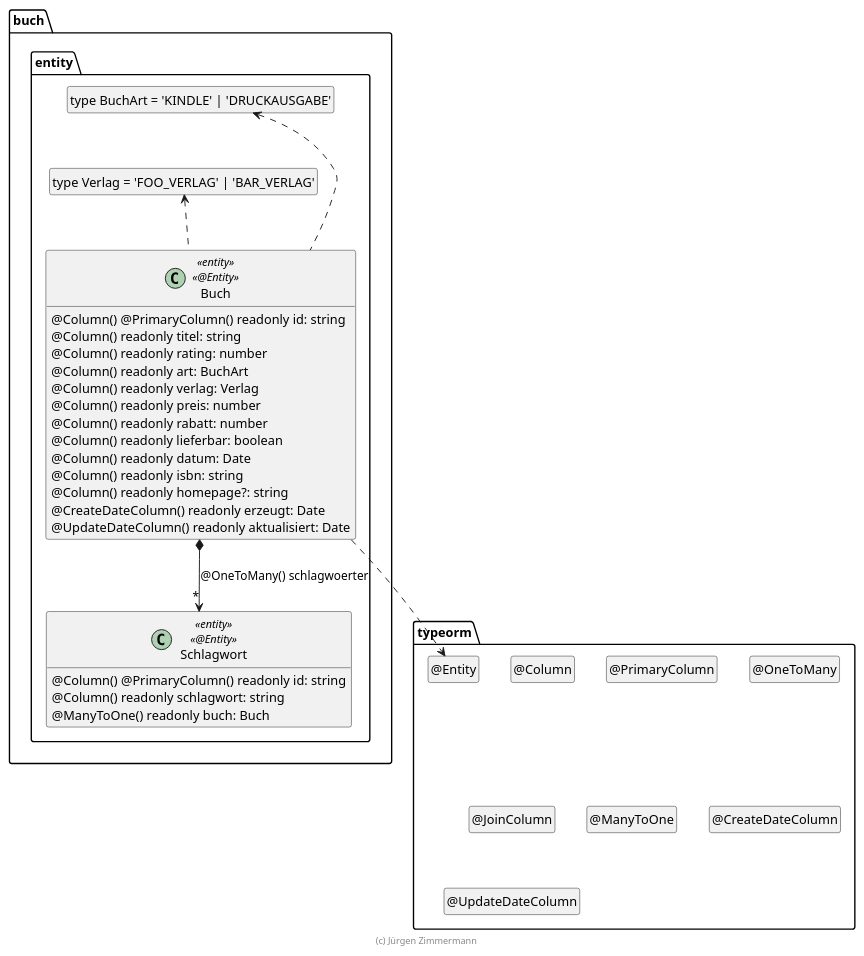
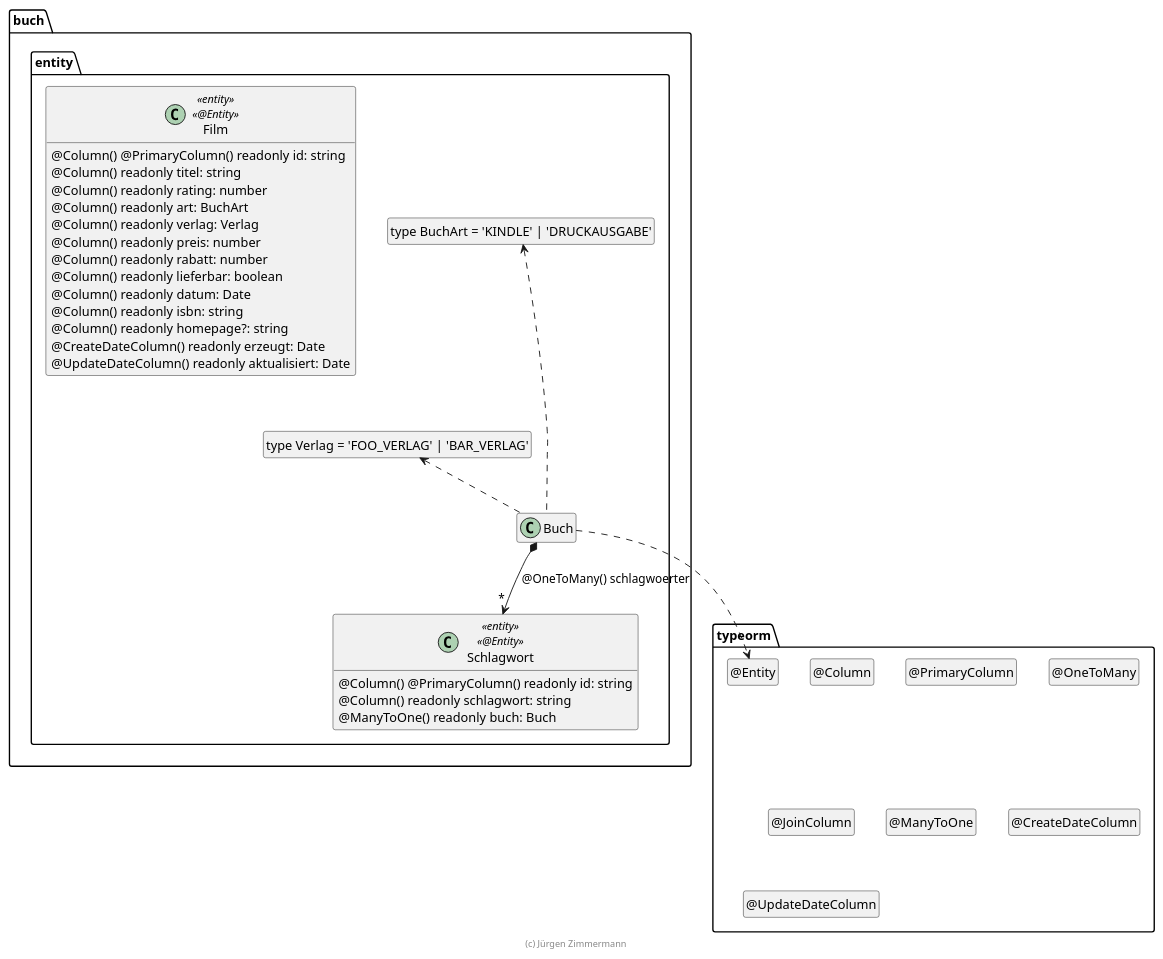
Before and after one commit to Yuszi/Film: the diagram in .extras/doc/entwicklerhandbuch/Film.plantuml, drawn with PlantUML. The commit also changed 3 other files, not shown here.

```diff
--- a/.extras/doc/entwicklerhandbuch/Film.plantuml
+++ b/.extras/doc/entwicklerhandbuch/Film.plantuml
@@ -18,63 +18,63 @@
 @startuml Entity
 
 package typeorm {
   class "@Entity" as Entity
   hide Entity circle
   class "@Column" as Column
   hide Column circle
   class "@PrimaryColumn" as PrimaryColumn
   hide PrimaryColumn circle
   class "@OneToMany" as OneToMany
   hide OneToMany circle
   class "@JoinColumn" as JoinColumn
   hide JoinColumn circle
   class "@ManyToOne" as ManyToOne
   hide ManyToOne circle
   class "@CreateDateColumn" as CreateDateColumn
   hide CreateDateColumn circle
   class "@UpdateDateColumn" as UpdateDateColumn
   hide UpdateDateColumn circle
 }
 
 package buch.entity {
   class "type BuchArt = 'KINDLE' | 'DRUCKAUSGABE'" as BuchArt
   hide BuchArt circle
 
   class "type Verlag = 'FOO_VERLAG' | 'BAR_VERLAG'" as Verlag
   hide Verlag circle
 
-  class Buch <<entity>> <<@Entity>> {
+  class Film <<entity>> <<@Entity>> {
     @Column() @PrimaryColumn() readonly id: string
     @Column() readonly titel: string
     @Column() readonly rating: number
     @Column() readonly art: BuchArt
     @Column() readonly verlag: Verlag
     @Column() readonly preis: number
     @Column() readonly rabatt: number
     @Column() readonly lieferbar: boolean
     @Column() readonly datum: Date
     @Column() readonly isbn: string
     @Column() readonly homepage?: string
     @CreateDateColumn() readonly erzeugt: Date
     @UpdateDateColumn() readonly aktualisiert: Date
   }
 
   class Schlagwort <<entity>> <<@Entity>> {
     @Column() @PrimaryColumn() readonly id: string
     @Column() readonly schlagwort: string
     @ManyToOne() readonly buch: Buch
   }
 
   Buch ..> Entity
   Buch *--> "*" Schlagwort : @OneToMany() schlagwoerter
   Buch .up.> BuchArt
   Buch .up.> Verlag
 
   BuchArt .[hidden].> Verlag
 }
 
 hide empty members
 
 footer (c) Jürgen Zimmermann
 
 @enduml
```
